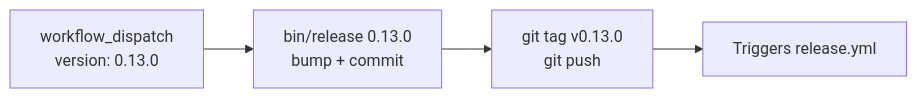
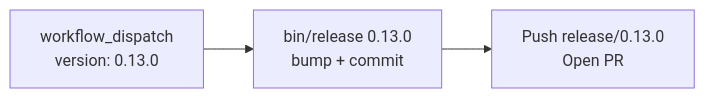
Before and after one commit to indent-com/blit: the third of 9 diagrams in SERVICES.md, drawn with Mermaid. The commit also changed other lines of this file and 3 other files, not shown here.

First line of the commit message:
Split release into PR + auto-tag: remove macOS test gate, add tag-release workflow.

````diff
--- a/SERVICES.md
+++ b/SERVICES.md
@@ -237,5 +238,4 @@
 ```mermaid
 flowchart LR
-    DISPATCH["workflow_dispatch<br>version: 0.13.0"] --> RELEASE["bin/release 0.13.0<br>bump + commit"] --> PUSH["git tag v0.13.0<br>git push"]
-    PUSH --> TAG["Triggers release.yml"]
+    DISPATCH["workflow_dispatch<br>version: 0.13.0"] --> RELEASE["bin/release 0.13.0<br>bump + commit"] --> PR["Push release/0.13.0<br>Open PR"]
 ```
````
